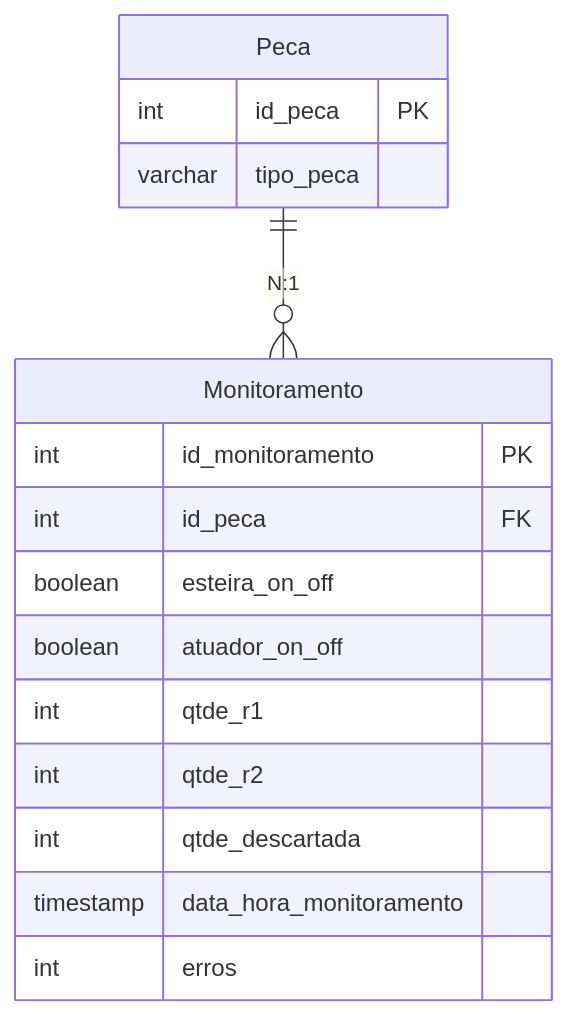
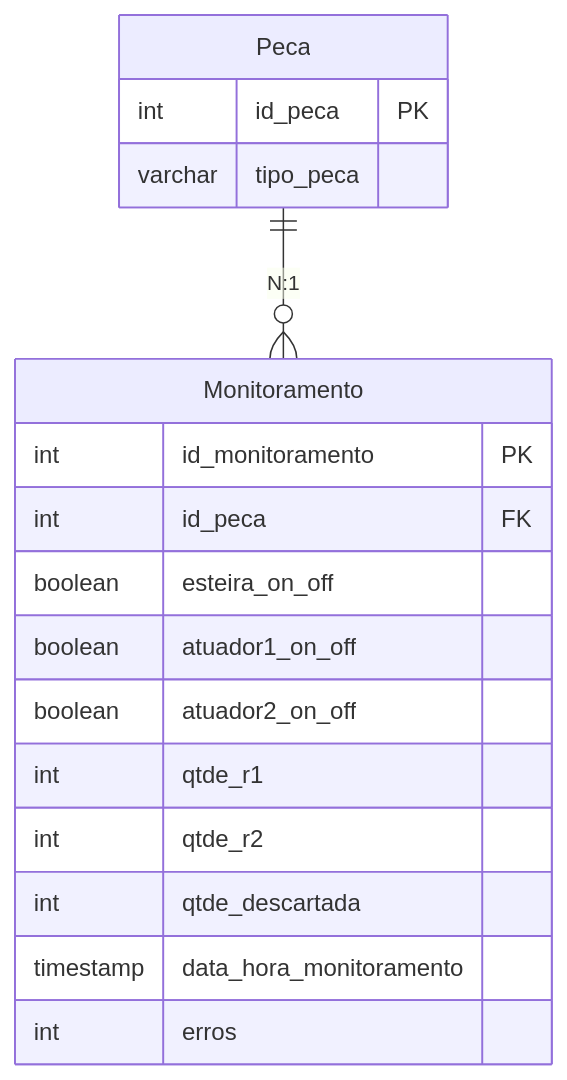
The diagram in DiagramaER/diagram.md (DevelopmentIOT3SEM/DevelopmentIOT), drawn with Mermaid before and after one commit. The commit also changed 1 other file, not shown here.

Commit message:
feat: fixing table data

````diff
--- a/DiagramaER/diagram.md
+++ b/DiagramaER/diagram.md
@@ -1,23 +1,24 @@
 ```mermaid
 erDiagram
 
    Peca {
      int id_peca PK
      varchar tipo_peca
    }
 
    Monitoramento {
      int id_monitoramento PK
      int id_peca FK
      boolean esteira_on_off
-     boolean atuador_on_off
+     boolean atuador1_on_off
+     boolean atuador2_on_off 
      int qtde_r1
      int qtde_r2
      int qtde_descartada
      timestamp data_hora_monitoramento
      int erros
    }
 
    
    Peca ||--o{ Monitoramento : "N:1"
 ```
````
